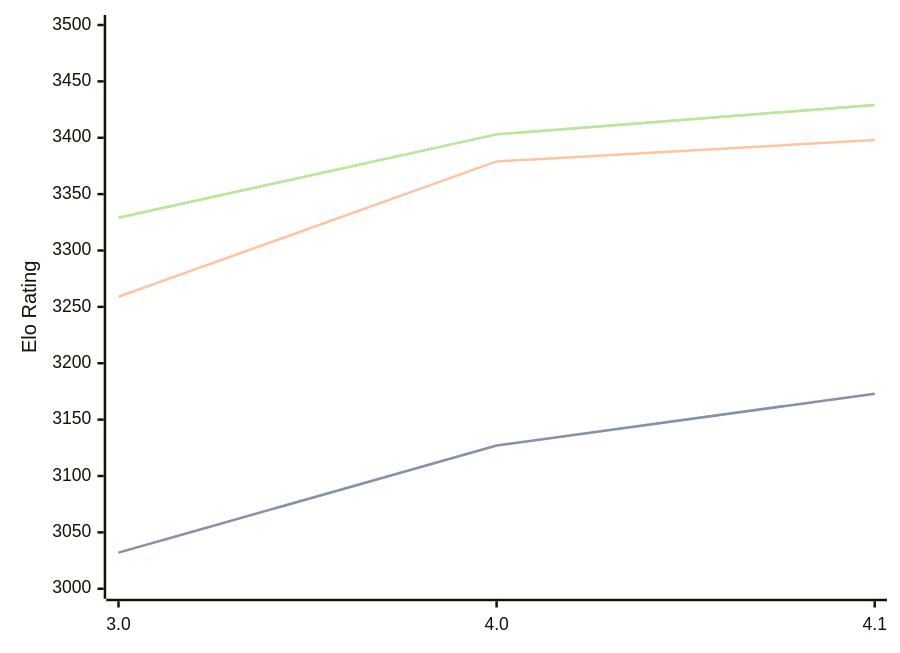
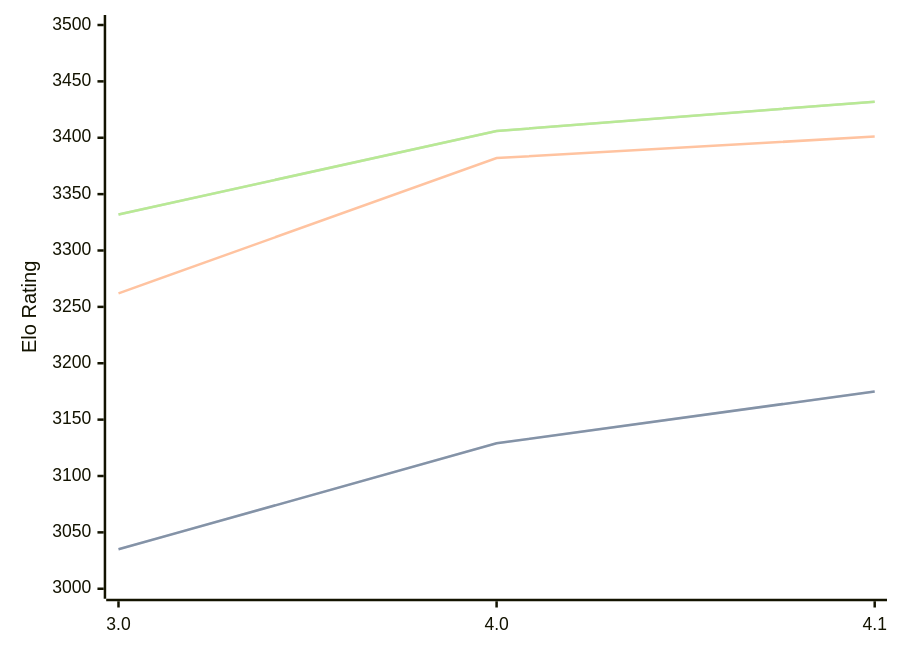
The diagram in engines/Eleanor.md (computer-chess-index/cci), drawn with Mermaid before and after one commit. The commit also changed other lines of this file, not shown here.

Commit message:
Update CCI Ratings (ELO VLTC) - 2026-09-24

````diff
--- a/engines/Eleanor.md
+++ b/engines/Eleanor.md
@@ -33,11 +33,11 @@
 ```mermaid
 %%{init: {"theme":"base","themeVariables":{"seriesColors:['#a3a3a3','#222221','#faa371']}}}%%
 xychart-beta
   x-axis ["3.0", "4.0", "4.1"]
   y-axis "Elo Rating" 3000 --> 3500
-  line "" [3032, 3127, 3173]
-  line "STC (8.0+0.08s)" [3032, 3127, 3173]
-  line "LTC (60.0+0.60s)" [3259, 3379, 3398]
-  line "" [3329, 3403, 3429]
-  line "VLTC (2m24s+1.12s)" [3329, 3403, 3429]
+  line "" [3035, 3129, 3175]
+  line "STC (8.0+0.08s)" [3035, 3129, 3175]
+  line "LTC (60.0+0.60s)" [3262, 3382, 3401]
+  line "" [3332, 3406, 3432]
+  line "VLTC (2m24s+1.12s)" [3332, 3406, 3432]
 ```
````
